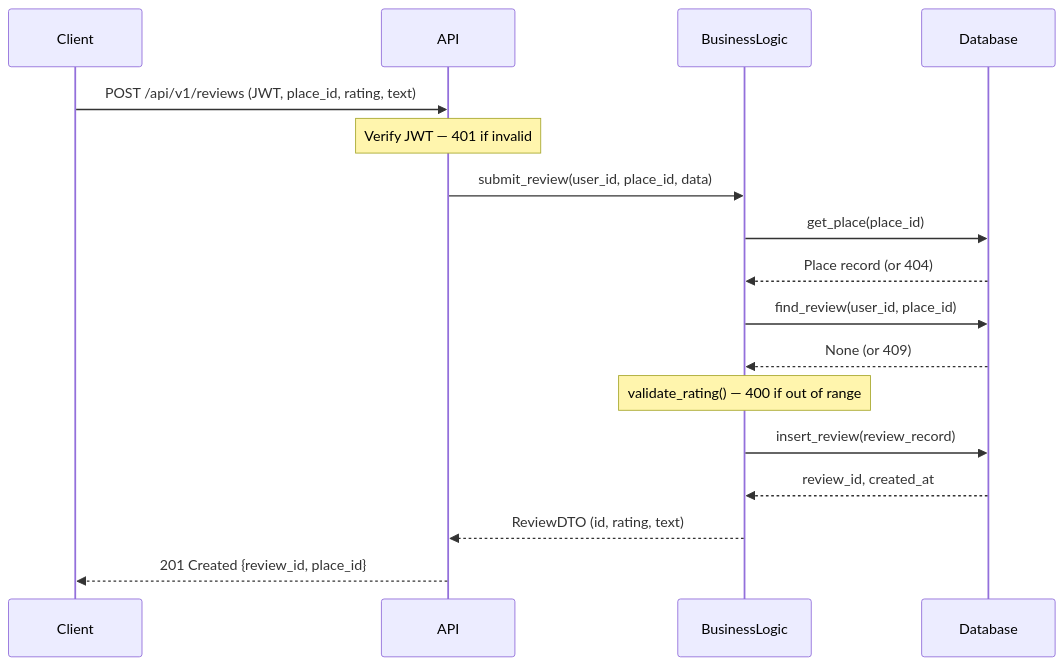
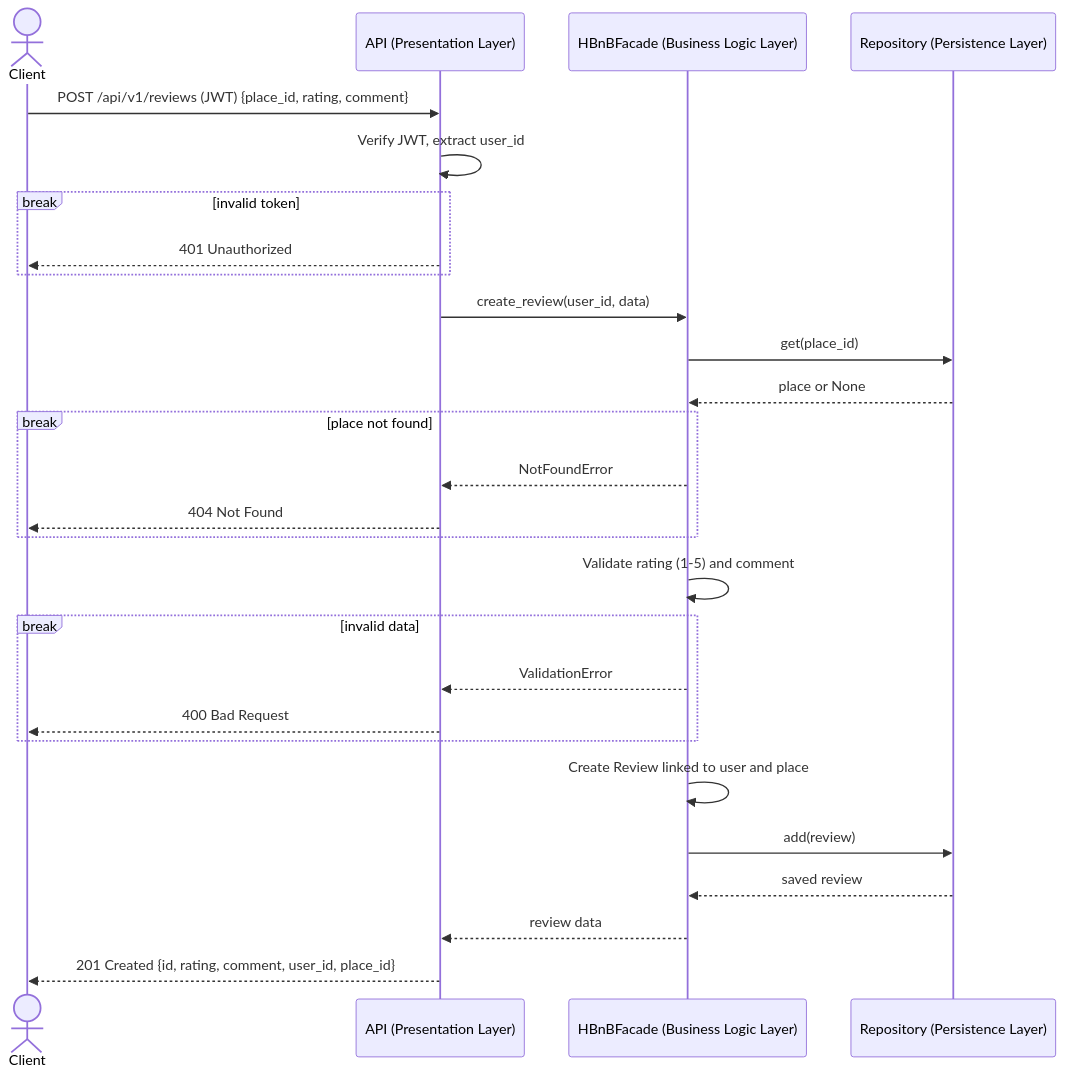
One commit to quliyevadinara/holbertonschool-hbnb changed the fifth of 6 diagrams in part1/diagrams.md. Above: the diagram before and after it, drawn with Mermaid. The commit also changed other lines of this file and 1 other file, not shown here.

Commit message:
Complete part1 technical documentation with UML diagrams

````diff
--- a/part1/diagrams.md
+++ b/part1/diagrams.md
@@ -151,20 +206,30 @@
 ```mermaid
 sequenceDiagram
-    participant Client
-    participant API
-    participant BusinessLogic
-    participant Database
+    actor Client
+    participant API as API (Presentation Layer)
+    participant BL as HBnBFacade (Business Logic Layer)
+    participant DB as Repository (Persistence Layer)
 
-    Client->>API: POST /api/v1/reviews (JWT, place_id, rating, text)
-    Note over API: Verify JWT — 401 if invalid
-    API->>BusinessLogic: submit_review(user_id, place_id, data)
-    BusinessLogic->>Database: get_place(place_id)
-    Database-->>BusinessLogic: Place record (or 404)
-    BusinessLogic->>Database: find_review(user_id, place_id)
-    Database-->>BusinessLogic: None (or 409)
-    Note over BusinessLogic: validate_rating() — 400 if out of range
-    BusinessLogic->>Database: insert_review(review_record)
-    Database-->>BusinessLogic: review_id, created_at
-    BusinessLogic-->>API: ReviewDTO (id, rating, text)
-    API-->>Client: 201 Created {review_id, place_id}
+    Client->>API: POST /api/v1/reviews (JWT) {place_id, rating, comment}
+    API->>API: Verify JWT, extract user_id
+    break invalid token
+        API-->>Client: 401 Unauthorized
+    end
+    API->>BL: create_review(user_id, data)
+    BL->>DB: get(place_id)
+    DB-->>BL: place or None
+    break place not found
+        BL-->>API: NotFoundError
+        API-->>Client: 404 Not Found
+    end
+    BL->>BL: Validate rating (1-5) and comment
+    break invalid data
+        BL-->>API: ValidationError
+        API-->>Client: 400 Bad Request
+    end
+    BL->>BL: Create Review linked to user and place
+    BL->>DB: add(review)
+    DB-->>BL: saved review
+    BL-->>API: review data
+    API-->>Client: 201 Created {id, rating, comment, user_id, place_id}
 ```
````
